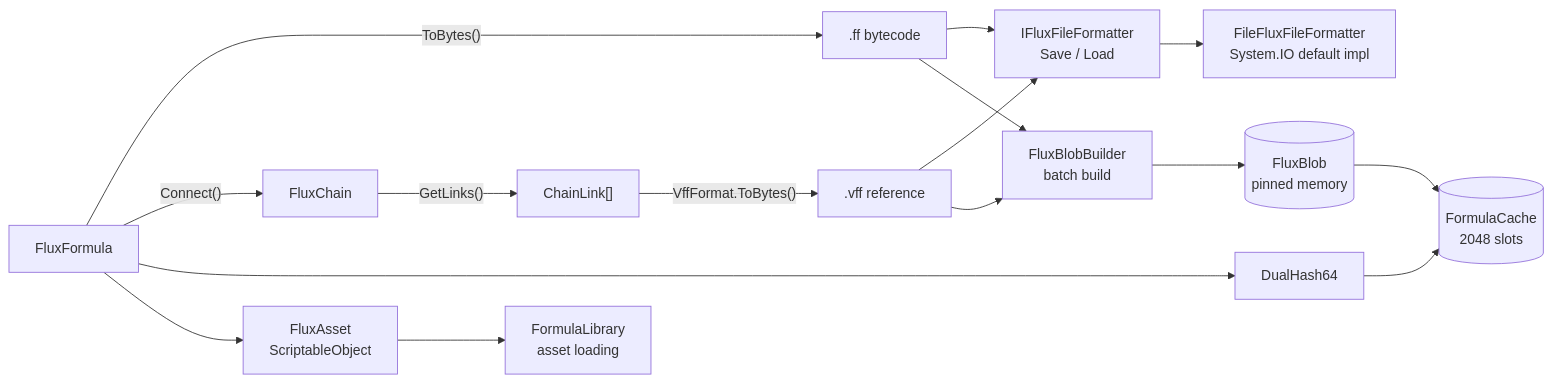
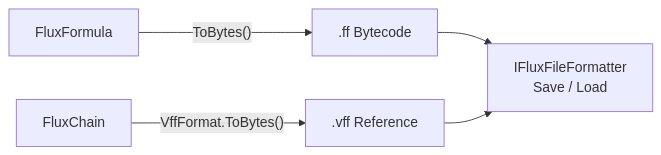
The fourth of 7 diagrams in docs/en/api/overview.md (twds0x13/FluxFormula), drawn with Mermaid before and after one commit. The commit also changed other lines of this file and 10 other files, not shown here.

First line of the commit message:
docs: add blob API reference (BlobFormat, BlobEntry, IFluxBlobRegistry, FluxBlob)

````diff
--- a/docs/en/api/overview.md
+++ b/docs/en/api/overview.md
@@ -36,22 +41,7 @@
 ```mermaid
 graph LR
-    F["FluxFormula"] -->|"ToBytes()"| FF[".ff bytecode"]
-    F -->|"Connect()"| FC["FluxChain"]
-    FC -->|"GetLinks()"| Chain["ChainLink[]"]
-    Chain -->|"VffFormat.ToBytes()"| VFF[".vff reference"]
-
+    F["FluxFormula"] -->|"ToBytes()"| FF[".ff Bytecode"]
+    Chain["FluxChain"] -->|"VffFormat.ToBytes()"| VFF[".vff Reference"]
     FF --> Fmt["IFluxFileFormatter<br/>Save / Load"]
     VFF --> Fmt
-    Fmt --> FileFmt["FileFluxFileFormatter<br/>System.IO default impl"]
-
-    F --> Hash["DualHash64"]
-    Hash --> Cache[("FormulaCache<br/>2048 slots")]
-
-    FF --> BB["FluxBlobBuilder<br/>batch build"]
-    VFF --> BB
-    BB --> Blob[("FluxBlob<br/>pinned memory")]
-    Blob --> Cache
-
-    F --> Asset["FluxAsset<br/>ScriptableObject"]
-    Asset --> Lib["FormulaLibrary<br/>asset loading"]
 ```
````
